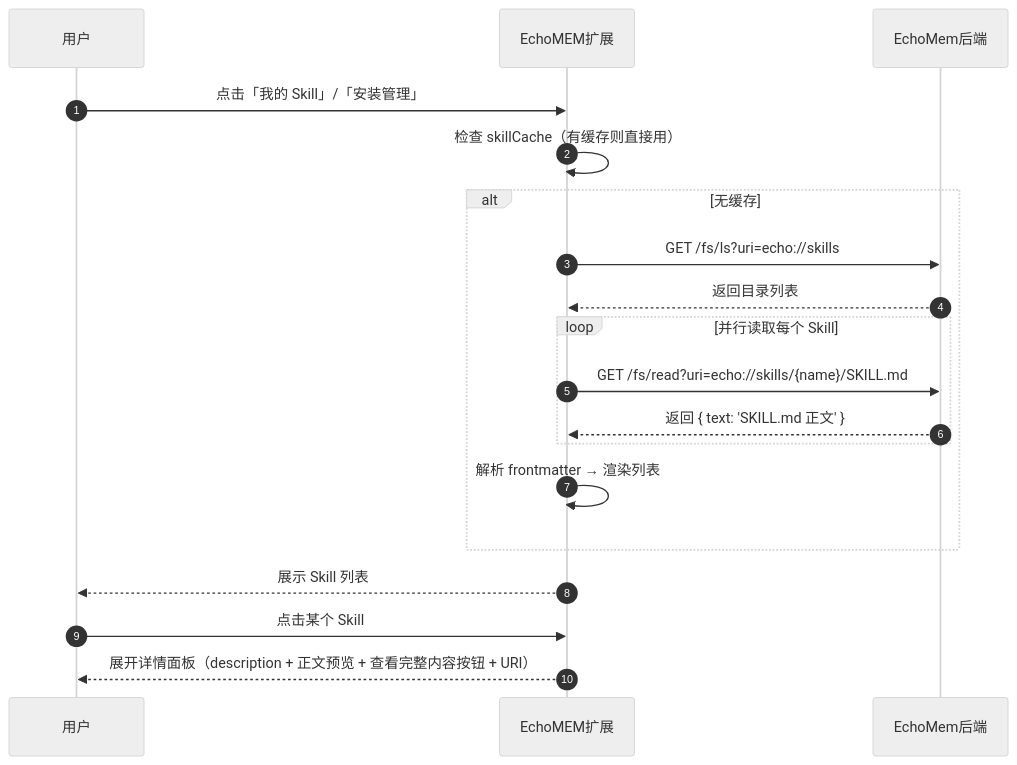
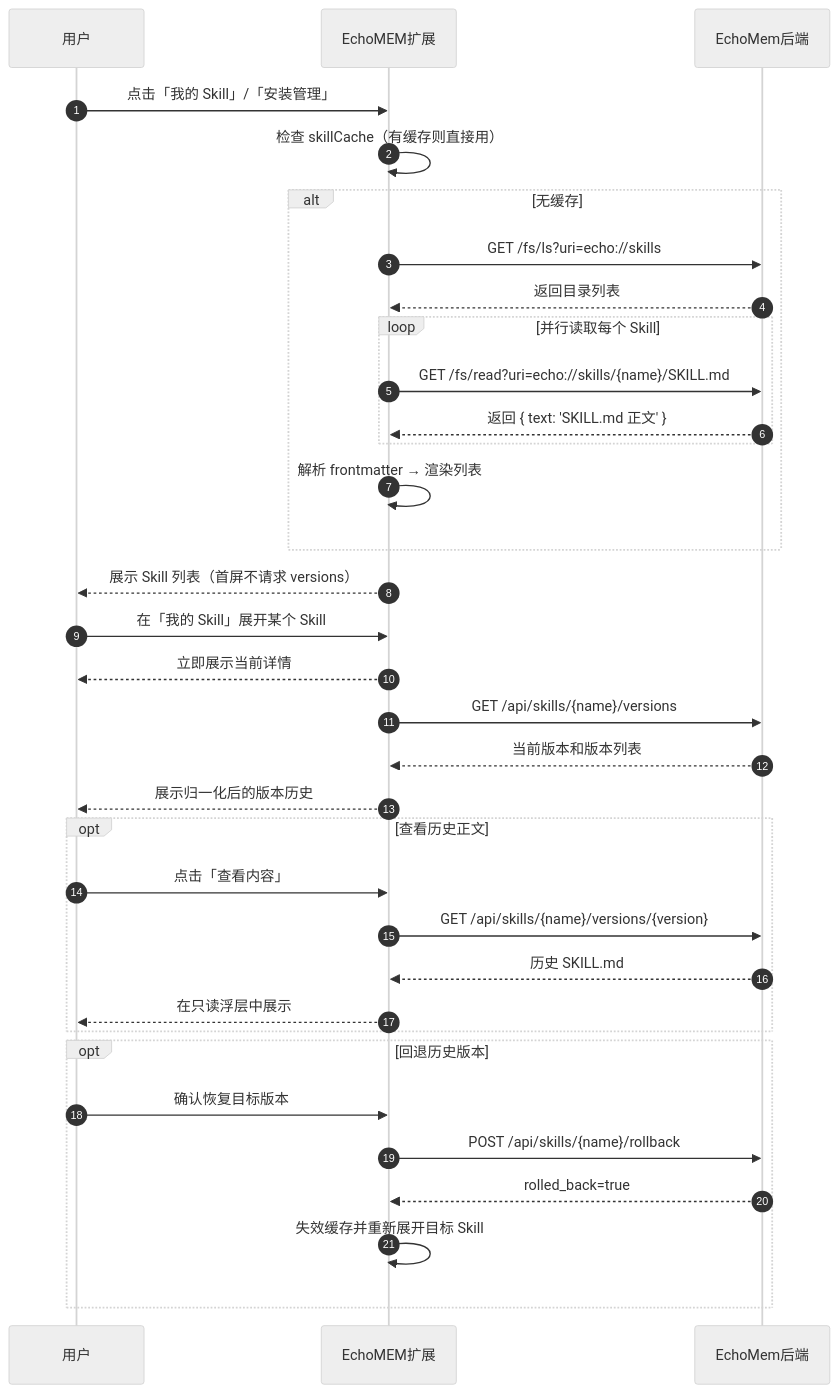
The diagram in docs/flows/skill-store/列表读取流程.md (WawaGuess/EchoMEM-WEB-EXTENSION), drawn with Mermaid (neutral theme) before and after one commit. The commit also changed other lines of this file and 12 other files, not shown here.

Commit message:
feat(skill): add version history and rollback

````diff
--- a/docs/flows/skill-store/列表读取流程.md
+++ b/docs/flows/skill-store/列表读取流程.md
@@ -21,22 +22,37 @@
 ```mermaid
 sequenceDiagram
     autonumber
     participant U as 用户
     participant E as EchoMEM扩展
     participant EM as EchoMem后端
 
     U->>E: 点击「我的 Skill」/「安装管理」
     E->>E: 检查 skillCache（有缓存则直接用）
     alt 无缓存
         E->>EM: GET /fs/ls?uri=echo://skills
         EM-->>E: 返回目录列表
         loop 并行读取每个 Skill
             E->>EM: GET /fs/read?uri=echo://skills/{name}/SKILL.md
             EM-->>E: 返回 { text: 'SKILL.md 正文' }
         end
         E->>E: 解析 frontmatter → 渲染列表
     end
-    E-->>U: 展示 Skill 列表
-    U->>E: 点击某个 Skill
-    E-->>U: 展开详情面板（description + 正文预览 + 查看完整内容按钮 + URI）
+    E-->>U: 展示 Skill 列表（首屏不请求 versions）
+    U->>E: 在「我的 Skill」展开某个 Skill
+    E-->>U: 立即展示当前详情
+    E->>EM: GET /api/skills/{name}/versions
+    EM-->>E: 当前版本和版本列表
+    E-->>U: 展示归一化后的版本历史
+    opt 查看历史正文
+        U->>E: 点击「查看内容」
+        E->>EM: GET /api/skills/{name}/versions/{version}
+        EM-->>E: 历史 SKILL.md
+        E-->>U: 在只读浮层中展示
+    end
+    opt 回退历史版本
+        U->>E: 确认恢复目标版本
+        E->>EM: POST /api/skills/{name}/rollback
+        EM-->>E: rolled_back=true
+        E->>E: 失效缓存并重新展开目标 Skill
+    end
 ```
````
